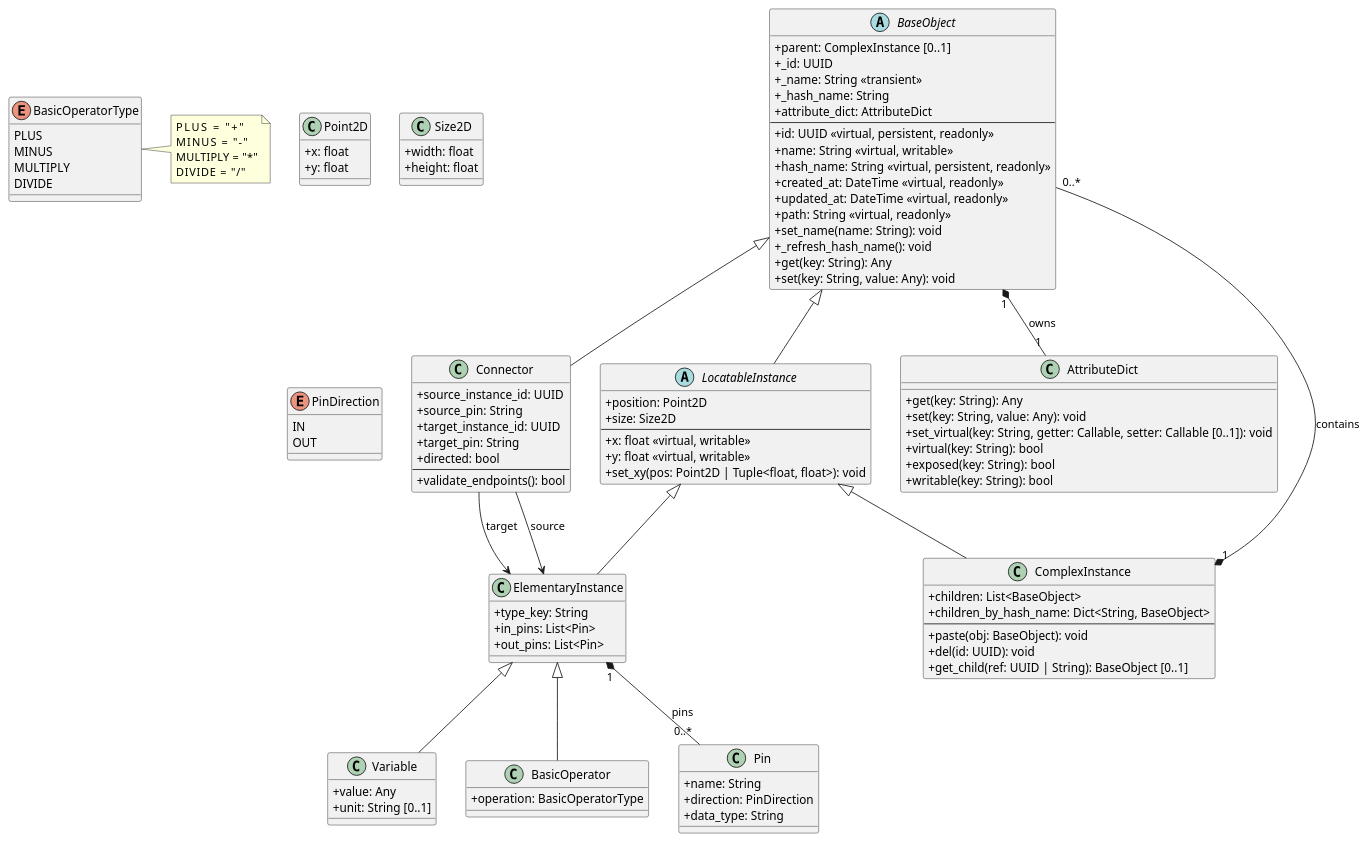
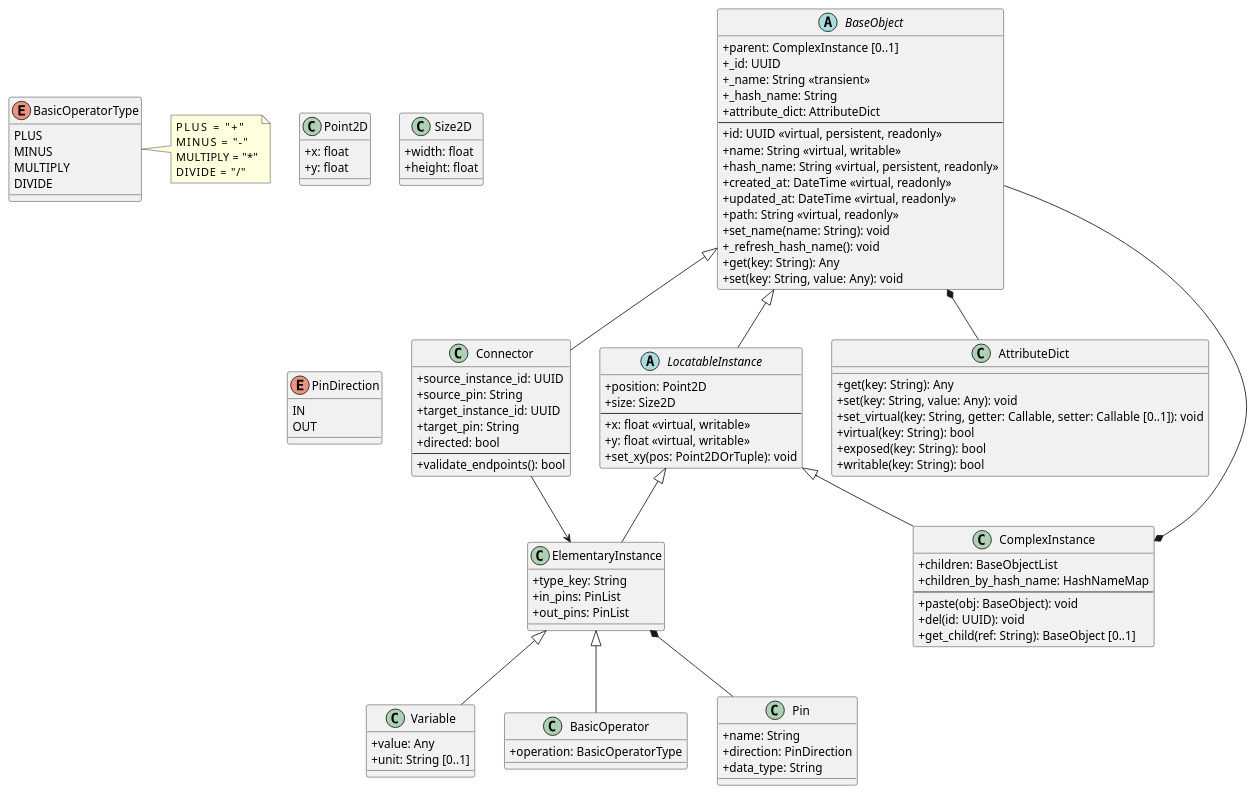
One commit to synarius-project/synarius-core changed the diagram in docs/concepts/data_model_uml.puml. Above: the diagram before and after it, drawn with PlantUML.

Commit message:
Further Fix Doku

```diff
--- a/docs/concepts/data_model_uml.puml
+++ b/docs/concepts/data_model_uml.puml
@@ -1,123 +1,122 @@
 @startuml DataModel
 skinparam classAttributeIconSize 0
 
 abstract class BaseObject {
   +parent: ComplexInstance [0..1]
   +_id: UUID
   +_name: String <<transient>>
   +_hash_name: String
   +attribute_dict: AttributeDict
   --
   +id: UUID <<virtual, persistent, readonly>>
   +name: String <<virtual, writable>>
   +hash_name: String <<virtual, persistent, readonly>>
   +created_at: DateTime <<virtual, readonly>>
   +updated_at: DateTime <<virtual, readonly>>
   +path: String <<virtual, readonly>>
   +set_name(name: String): void
   +_refresh_hash_name(): void
   +get(key: String): Any
   +set(key: String, value: Any): void
 }
 
 abstract class LocatableInstance {
   +position: Point2D
   +size: Size2D
   --
   +x: float <<virtual, writable>>
   +y: float <<virtual, writable>>
-  +set_xy(pos: Point2D | Tuple<float, float>): void
+  +set_xy(pos: Point2DOrTuple): void
 }
 
 class ElementaryInstance {
   +type_key: String
-  +in_pins: List<Pin>
-  +out_pins: List<Pin>
+  +in_pins: PinList
+  +out_pins: PinList
 }
 
 class Variable {
   +value: Any
   +unit: String [0..1]
 }
 
 class BasicOperator {
   +operation: BasicOperatorType
 }
 
 class ComplexInstance {
-  +children: List<BaseObject>
-  +children_by_hash_name: Dict<String, BaseObject>
+  +children: BaseObjectList
+  +children_by_hash_name: HashNameMap
   --
   +paste(obj: BaseObject): void
   +del(id: UUID): void
-  +get_child(ref: UUID | String): BaseObject [0..1]
+  +get_child(ref: String): BaseObject [0..1]
 }
 
 class Connector {
   +source_instance_id: UUID
   +source_pin: String
   +target_instance_id: UUID
   +target_pin: String
   +directed: bool
   --
   +validate_endpoints(): bool
 }
 
 class Pin {
   +name: String
   +direction: PinDirection
   +data_type: String
 }
 
 class Point2D {
   +x: float
   +y: float
 }
 
 class Size2D {
   +width: float
   +height: float
 }
 
 enum PinDirection {
   IN
   OUT
 }
 
 enum BasicOperatorType {
   PLUS
   MINUS
   MULTIPLY
   DIVIDE
 }
 
 note right of BasicOperatorType
   PLUS      = "+"
   MINUS     = "-"
   MULTIPLY  = "*"
   DIVIDE    = "/"
 end note
 
 class AttributeDict {
   +get(key: String): Any
   +set(key: String, value: Any): void
   +set_virtual(key: String, getter: Callable, setter: Callable [0..1]): void
   +virtual(key: String): bool
   +exposed(key: String): bool
   +writable(key: String): bool
 }
 
 BaseObject <|-- LocatableInstance
 LocatableInstance <|-- ElementaryInstance
 LocatableInstance <|-- ComplexInstance
 ElementaryInstance <|-- Variable
 ElementaryInstance <|-- BasicOperator
 BaseObject <|-- Connector
 
-ComplexInstance "1" *-- "0..*" BaseObject : contains
-ElementaryInstance "1" *-- "0..*" Pin : pins
-BaseObject "1" *-- "1" AttributeDict : owns
+ComplexInstance *-- BaseObject
+ElementaryInstance *-- Pin
+BaseObject *-- AttributeDict
 
-Connector --> ElementaryInstance : source
-Connector --> ElementaryInstance : target
+Connector --> ElementaryInstance
 @enduml
```
